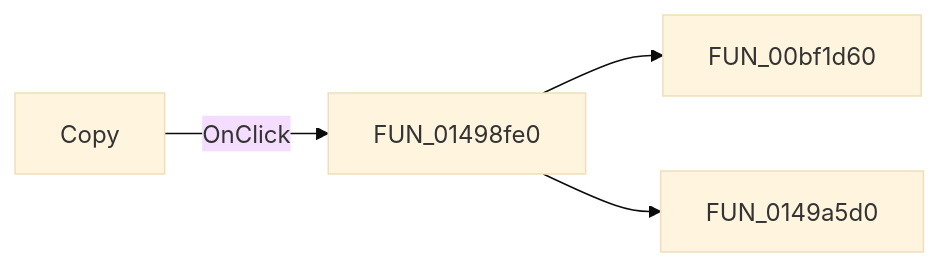
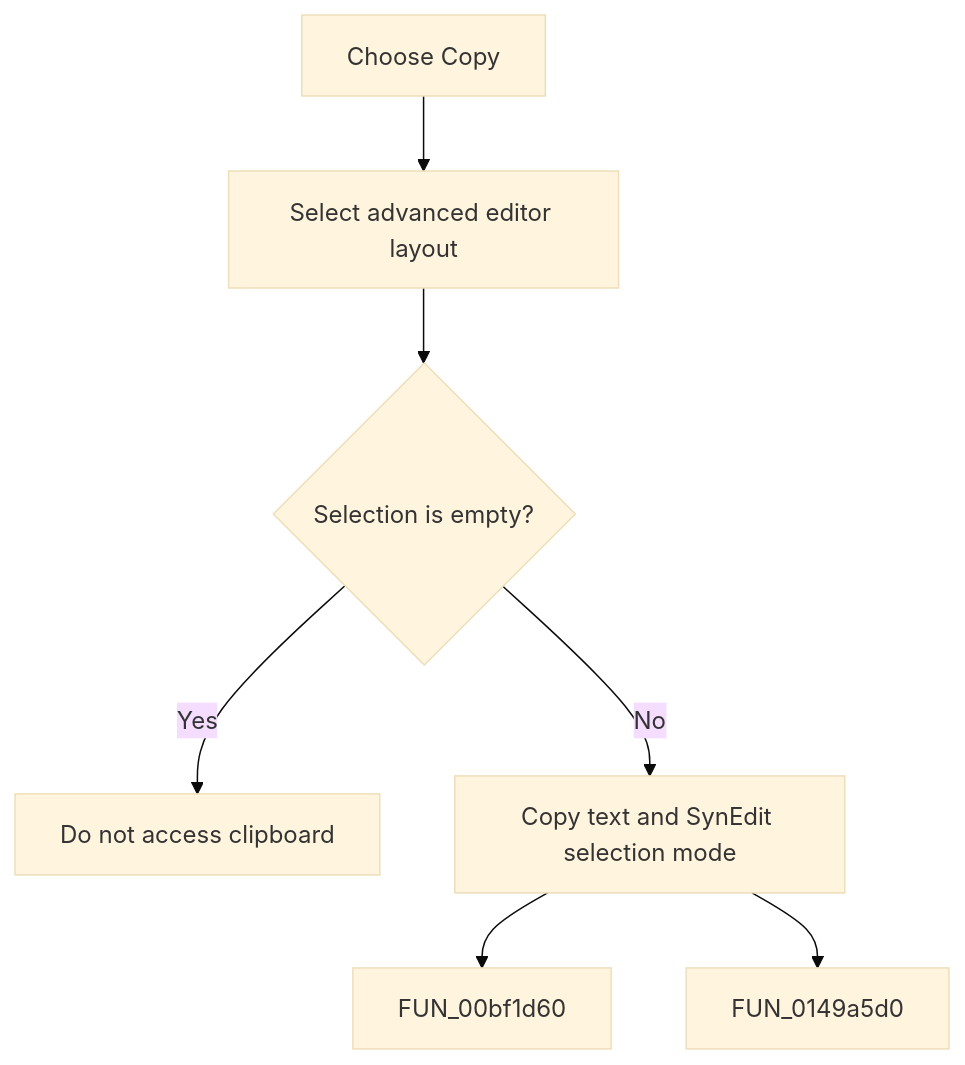
One commit to MovGP0/TIARA changed the diagram in docs/ui-controls/frmdesigntool/micopy-c63b53d229.md. Above: the diagram before and after it, drawn with Mermaid (base theme). The commit also changed other lines of this file and 387 other files, not shown here.

````diff
--- a/docs/ui-controls/frmdesigntool/micopy-c63b53d229.md
+++ b/docs/ui-controls/frmdesigntool/micopy-c63b53d229.md
@@ -27,6 +27,9 @@
 ```mermaid
-flowchart LR
-    control["Copy"] -->|OnClick| handler["FUN_01498fe0"]
+flowchart TD
+    control["Choose Copy"] --> expand["Select advanced editor layout"]
+    expand --> selected{"Selection is empty?"}
+    selected -->|Yes| stop["Do not access clipboard"]
+    selected -->|No| handler["Copy text and SynEdit selection mode"]
     handler --> call1["FUN_00bf1d60"]
     handler --> call2["FUN_0149a5d0"]
 ```
````
